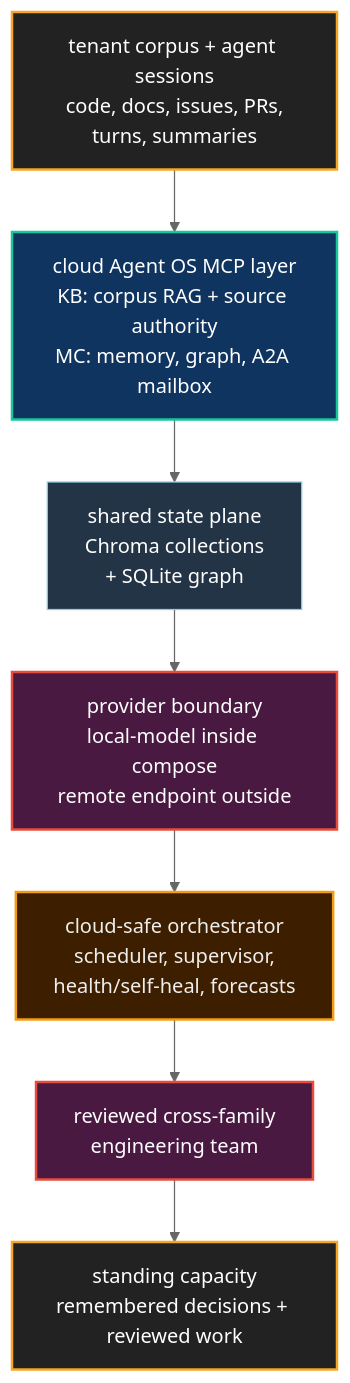
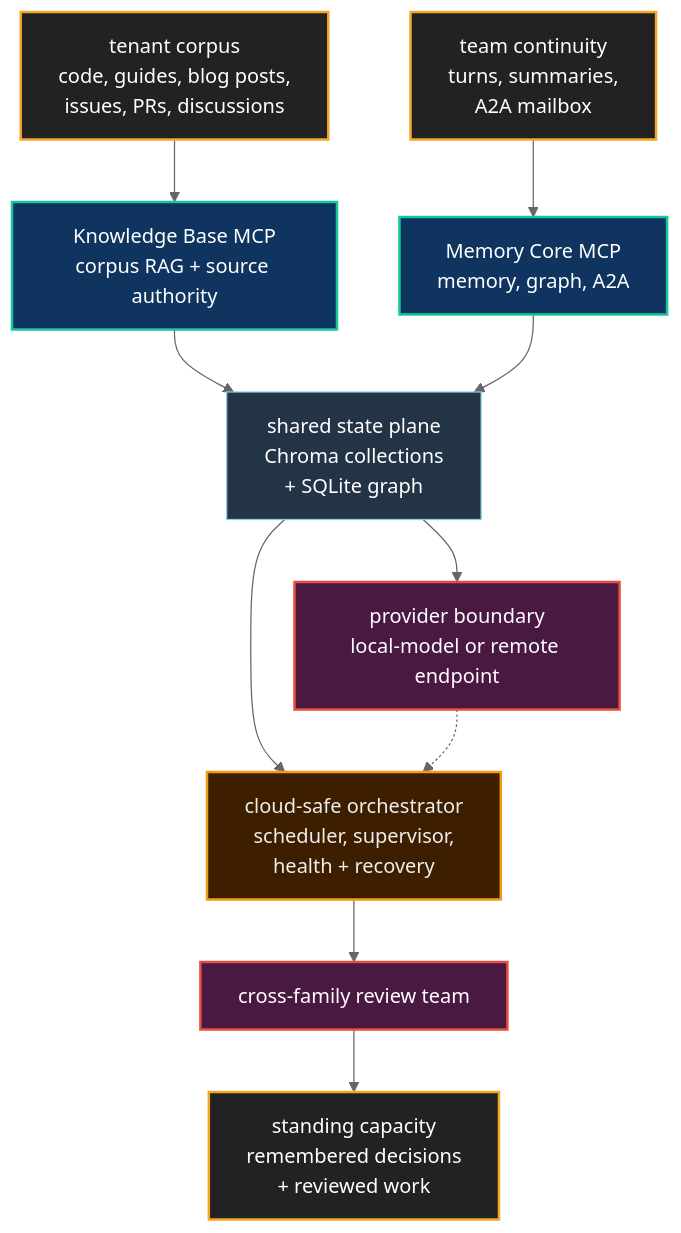
One commit to neomjs/neo changed the first of 2 diagrams in learn/benefits/DeployingTheAgentOS.md. Above: the diagram before and after it, drawn with Mermaid (neutral theme). The commit also changed other lines of this file, not shown here.

Commit message:
docs(benefits): add Agent OS deployment topology view (#14321)

````diff
--- a/learn/benefits/DeployingTheAgentOS.md
+++ b/learn/benefits/DeployingTheAgentOS.md
@@ -22,24 +22,29 @@
 ```mermaid
 flowchart TD
     classDef input fill:#222,stroke:#f5a623,stroke-width:2px,color:#fff
     classDef mcp fill:#0f3460,stroke:#16c79a,stroke-width:2px,color:#fff
     classDef store fill:#243447,stroke:#8ecae6,stroke-width:1px,color:#fff
     classDef control fill:#3d1f00,stroke:#f39c12,stroke-width:2px,color:#eee
     classDef model fill:#4a1942,stroke:#e74c3c,stroke-width:2px,color:#fff
     classDef team fill:#4a1942,stroke:#e74c3c,stroke-width:2px,color:#fff
 
-    Inputs["tenant corpus + agent sessions<br/>code, docs, issues, PRs,<br/>turns, summaries"]:::input
-    PublicMcp["cloud Agent OS MCP layer<br/>KB: corpus RAG + source authority<br/>MC: memory, graph, A2A mailbox"]:::mcp
-    StatePlane["shared state plane<br/>Chroma collections<br/>+ SQLite graph"]:::store
-    Provider["provider boundary<br/>local-model inside compose<br/>remote endpoint outside"]:::model
-    Orchestrator["cloud-safe orchestrator<br/>scheduler, supervisor,<br/>health/self-heal, forecasts"]:::control
-    Team["reviewed cross-family<br/>engineering team"]:::team
-    Outcome["standing capacity<br/>remembered decisions + reviewed work"]:::input
+    Corpus["tenant corpus<br/>code, guides, blog posts,<br/>issues, PRs, discussions"]:::input
+    Continuity["team continuity<br/>turns, summaries,<br/>A2A mailbox"]:::input
+    KB["Knowledge Base MCP<br/>corpus RAG + source authority"]:::mcp
+    MC["Memory Core MCP<br/>memory, graph, A2A"]:::mcp
+    State["shared state plane<br/>Chroma collections<br/>+ SQLite graph"]:::store
+    Provider["provider boundary<br/>local-model or remote endpoint"]:::model
+    Orchestrator["cloud-safe orchestrator<br/>scheduler, supervisor,<br/>health + recovery"]:::control
+    Team["cross-family review team"]:::team
+    Outcome["standing capacity<br/>remembered decisions<br/>+ reviewed work"]:::input
 
-    Inputs --> PublicMcp
-    PublicMcp --> StatePlane
-    StatePlane --> Provider
-    Provider --> Orchestrator
+    Corpus --> KB
+    Continuity --> MC
+    KB --> State
+    MC --> State
+    State --> Provider
+    State --> Orchestrator
+    Provider -.-> Orchestrator
     Orchestrator --> Team
     Team --> Outcome
 ```
````
